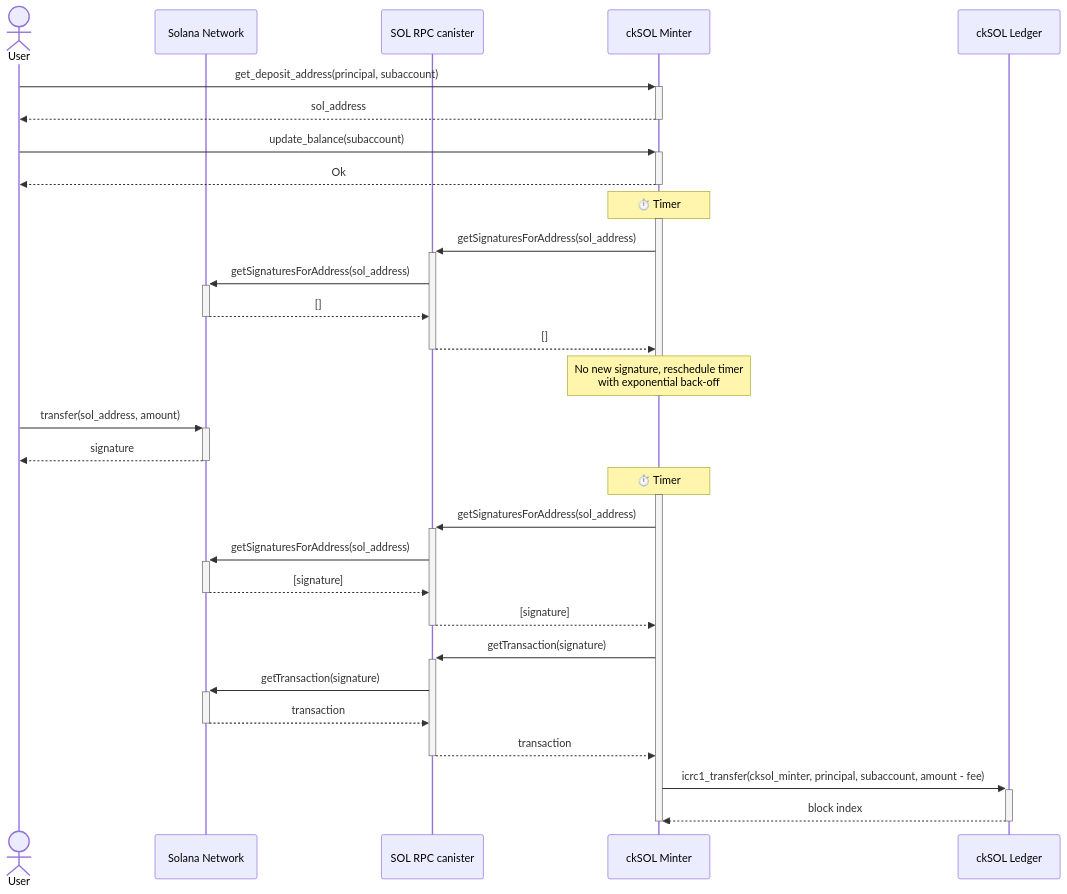
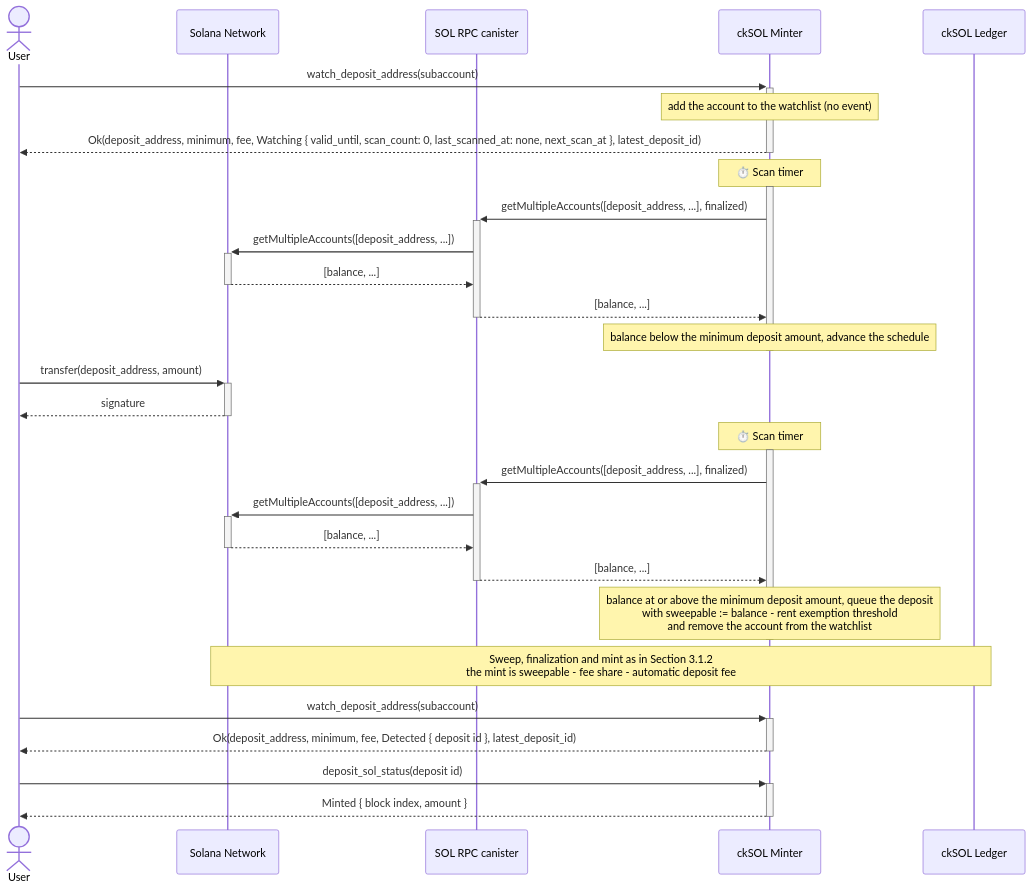
Before and after one commit to dfinity/cksol: the second of 9 diagrams in docs/src/development/design.md, drawn with Mermaid. The commit also changed other lines of this file, not shown here.

````diff
--- a/docs/src/development/design.md
+++ b/docs/src/development/design.md
@@ -100,39 +93,40 @@
 ```mermaid
 sequenceDiagram
     actor User
     participant Solana as Solana Network
     participant RPC as SOL RPC canister
     participant Minter as ckSOL Minter
     participant Ledger as ckSOL Ledger
 
-    User->>+Minter: get_deposit_address(principal, subaccount)
-    Minter-->>-User: sol_address
-    User->>+Minter: update_balance(subaccount)
-    Minter-->>-User: Ok
+    User->>+Minter: watch_deposit_address(subaccount)
+    Note over Minter: add the account to the watchlist (no event)
+    Minter-->>-User: Ok(deposit_address, minimum, fee, Watching { valid_until, scan_count: 0, last_scanned_at: none, next_scan_at }, latest_deposit_id)
 
-    Note over Minter: ⏱️ Timer
+    Note over Minter: ⏱️ Scan timer
     activate Minter
-    Minter->>+RPC: getSignaturesForAddress(sol_address)
-    RPC->>+Solana: getSignaturesForAddress(sol_address)
-    Solana-->>-RPC: []
-    RPC-->>-Minter: []
-    Note over Minter: No new signature, reschedule timer<br/>with exponential back-off
+    Minter->>+RPC: getMultipleAccounts([deposit_address, ...], finalized)
+    RPC->>+Solana: getMultipleAccounts([deposit_address, ...])
+    Solana-->>-RPC: [balance, ...]
+    RPC-->>-Minter: [balance, ...]
+    Note over Minter: balance below the minimum deposit amount, advance the schedule
     deactivate Minter
 
-    User->>+Solana: transfer(sol_address, amount)
+    User->>+Solana: transfer(deposit_address, amount)
     Solana-->>-User: signature
 
-    Note over Minter: ⏱️ Timer
+    Note over Minter: ⏱️ Scan timer
     activate Minter
-    Minter->>+RPC: getSignaturesForAddress(sol_address)
-    RPC->>+Solana: getSignaturesForAddress(sol_address)
-    Solana-->>-RPC: [signature]
-    RPC-->>-Minter: [signature]
-    Minter->>+RPC: getTransaction(signature)
-    RPC->>+Solana: getTransaction(signature)
-    Solana-->>-RPC: transaction
-    RPC-->>-Minter: transaction
-    Minter->>+Ledger: icrc1_transfer(cksol_minter, principal, subaccount, amount - fee)
-    Ledger-->>-Minter: block index
+    Minter->>+RPC: getMultipleAccounts([deposit_address, ...], finalized)
+    RPC->>+Solana: getMultipleAccounts([deposit_address, ...])
+    Solana-->>-RPC: [balance, ...]
+    RPC-->>-Minter: [balance, ...]
+    Note over Minter: balance at or above the minimum deposit amount, queue the deposit<br/>with sweepable := balance - rent exemption threshold<br/>and remove the account from the watchlist
     deactivate Minter
+
+    Note over Solana,Ledger: Sweep, finalization and mint as in Section 3.1.2<br/>the mint is sweepable - fee share - automatic deposit fee
+
+    User->>+Minter: watch_deposit_address(subaccount)
+    Minter-->>-User: Ok(deposit_address, minimum, fee, Detected { deposit id }, latest_deposit_id)
+    User->>+Minter: deposit_sol_status(deposit id)
+    Minter-->>-User: Minted { block index, amount }
 ```
````
